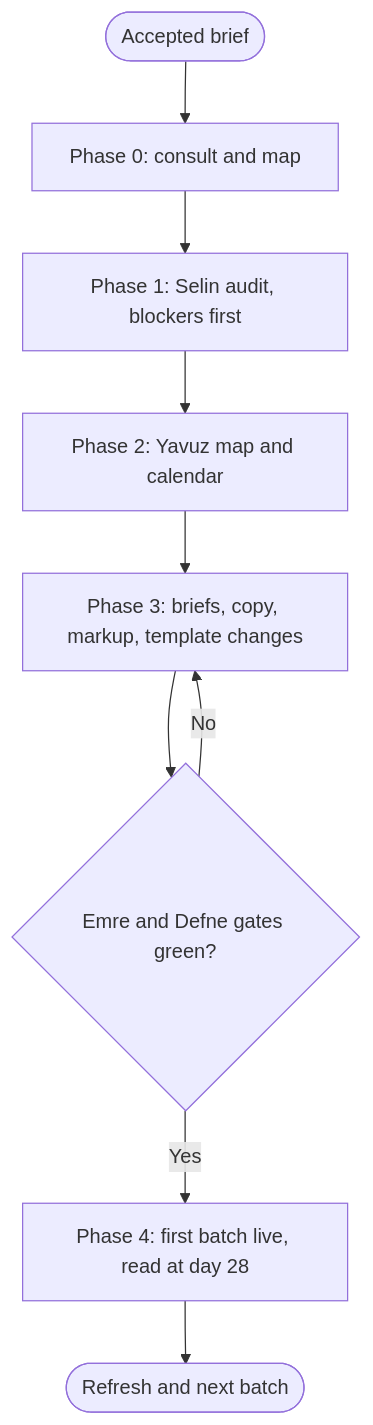
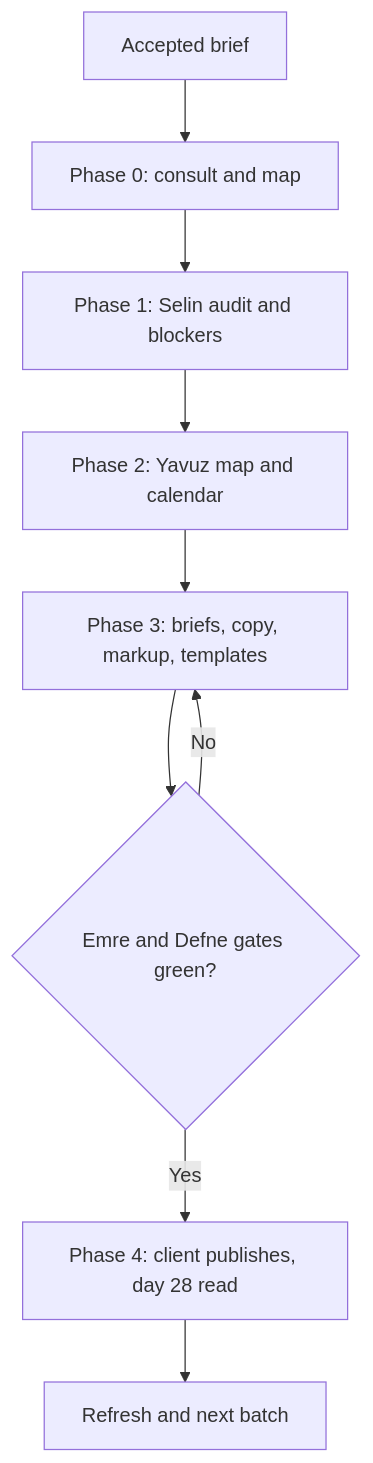
The diagram in registry/skills/workflow-agency-seo-content-engine/SKILL.md (NeoAnthropocene/agents-united), drawn with Mermaid before and after one commit. The commit also changed other lines of this file and 192 other files, not shown here.

````diff
--- a/registry/skills/workflow-agency-seo-content-engine/SKILL.md
+++ b/registry/skills/workflow-agency-seo-content-engine/SKILL.md
@@ -25,11 +25,11 @@
 ```mermaid
 graph TD
-    B([Accepted brief]) --> P0[Phase 0: consult and map]
-    P0 --> P1[Phase 1: Selin audit, blockers first]
+    B[Accepted brief] --> P0[Phase 0: consult and map]
+    P0 --> P1[Phase 1: Selin audit and blockers]
     P1 --> P2[Phase 2: Yavuz map and calendar]
-    P2 --> P3[Phase 3: briefs, copy, markup, template changes]
+    P2 --> P3[Phase 3: briefs, copy, markup, templates]
     P3 --> G{Emre and Defne gates green?}
     G -->|No| P3
-    G -->|Yes| P4[Phase 4: first batch live, read at day 28]
-    P4 --> Done([Refresh and next batch])
+    G -->|Yes| P4[Phase 4: client publishes, day 28 read]
+    P4 --> D[Refresh and next batch]
 ```
````
